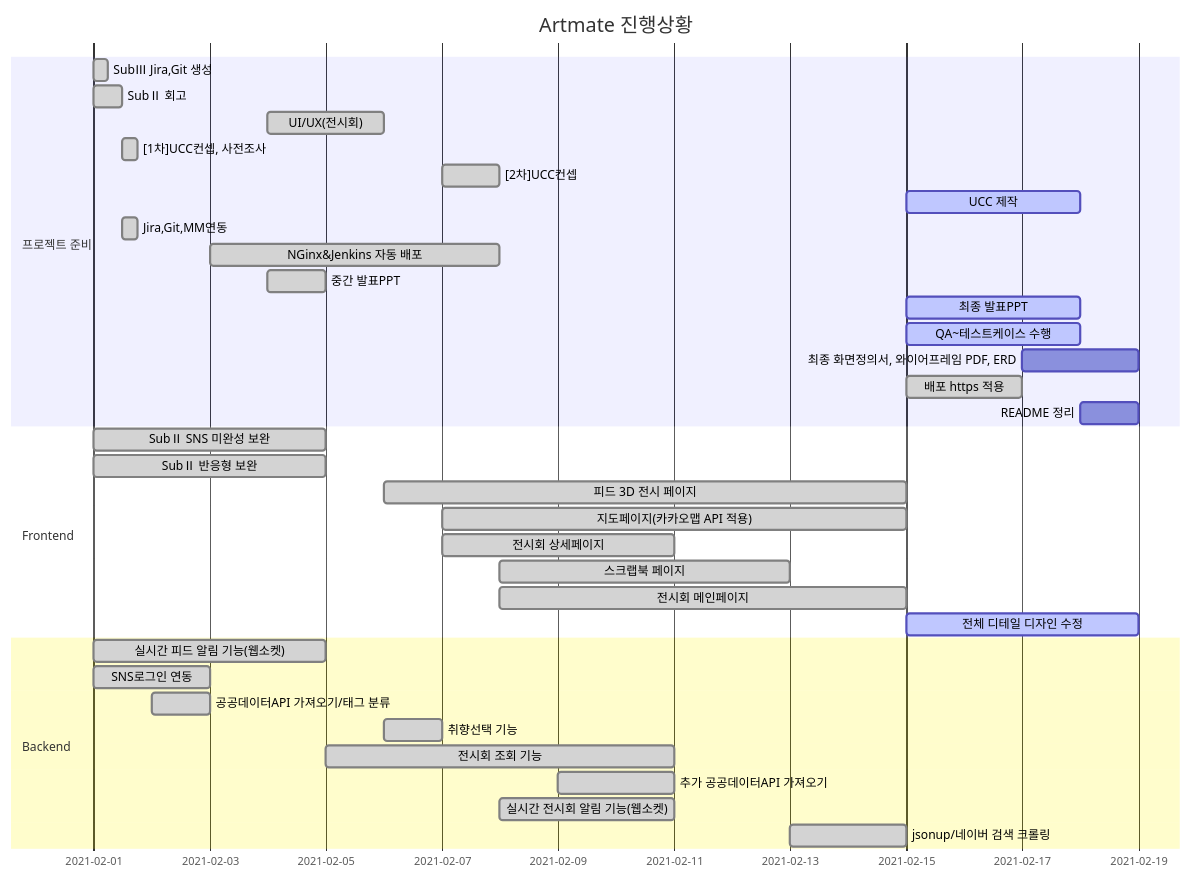
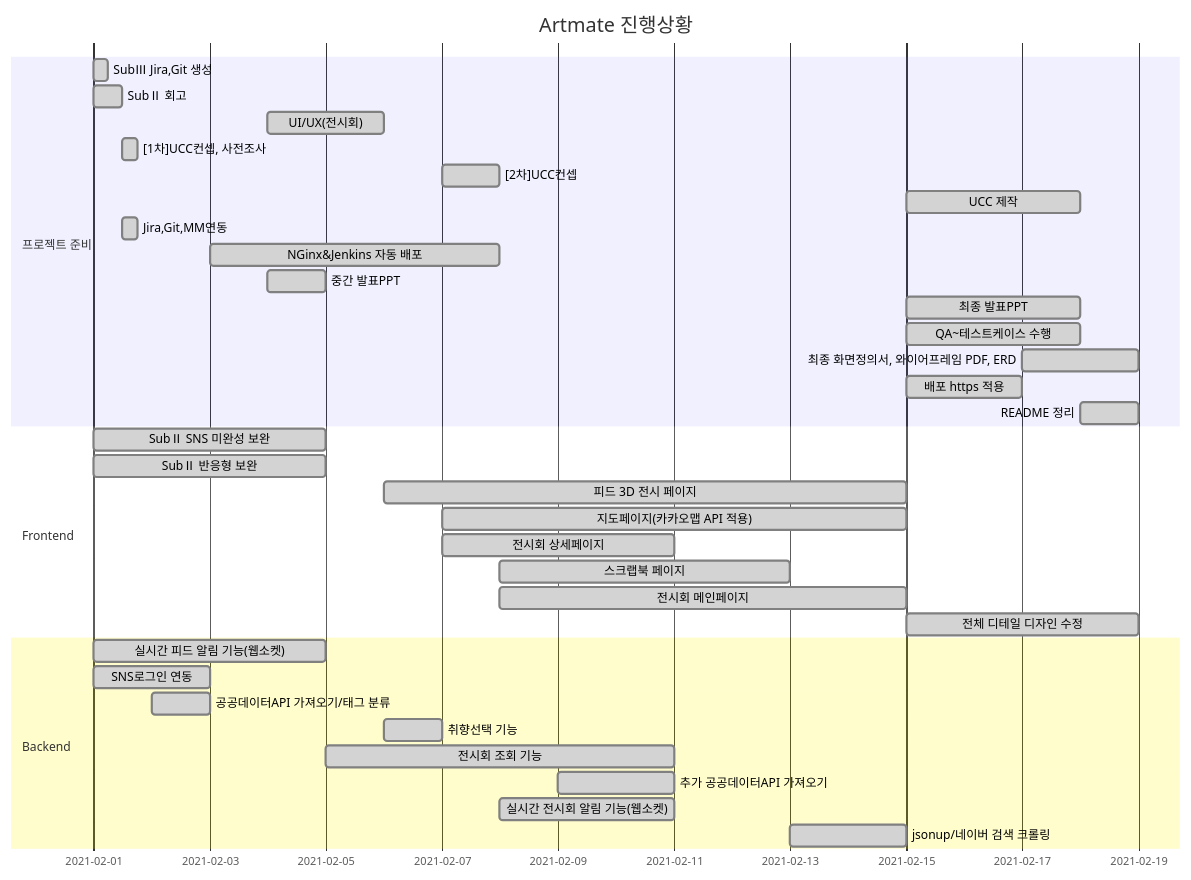
Before and after one commit to dovvn/Artmate-PJT: the diagram in README.md, drawn with Mermaid. The commit also changed other lines of this file, not shown here.

Commit message:
README_0218: SubPJTⅢ 작업상황 업데이트

````diff
--- a/README.md
+++ b/README.md
@@ -21,46 +21,46 @@
 ```mermaid  
 gantt
     title Artmate 진행상황
     dateFormat  YYYY-MM-DD
     section 프로젝트 준비
     SubⅢ Jira,Git 생성  :done, 2021-02-01, 6h
     SubⅡ 회고          :done, p2,2021-02-01, 12h
     UI/UX(전시회)   :done,2021-02-04,2d
     [1차]UCC컨셉, 사전조사   :done,after p2,6h
     [2차]UCC컨셉   :done,2021-02-07,1d
-    UCC 제작   :active,2021-02-15,3d
+    UCC 제작   :done,2021-02-15,3d
 
     Jira,Git,MM연동   :done,after p2,6h
     NGinx&Jenkins 자동 배포 :done, 2021-02-03,5d
     중간 발표PPT: done,2021-02-04,1d
-    최종 발표PPT: active,2021-02-15,3d
-    QA~테스트케이스 수행: active,2021-02-15,3d
-    최종 화면정의서, 와이어프레임 PDF, ERD: ,2021-02-17,2d
+    최종 발표PPT: done,2021-02-15,3d
+    QA~테스트케이스 수행: done,2021-02-15,3d
+    최종 화면정의서, 와이어프레임 PDF, ERD: done,2021-02-17,2d
     배포 https 적용:done,2021-02-15,2d
-    README 정리: ,2021-02-18,1d
+    README 정리: done,2021-02-18,1d
     
     
     
 
     section Frontend
     SubⅡ SNS 미완성 보완          :done, 2021-02-01, 4d
     SubⅡ 반응형 보완          :done, 2021-02-01, 4d
     피드 3D 전시 페이지   :done,2021-02-06,9d
     지도페이지(카카오맵 API 적용):done,2021-02-07, 8d
     전시회 상세페이지   :done,2021-02-07,4d
     스크랩북 페이지   :done,2021-02-08,5d
     전시회 메인페이지 :done, 2021-02-08, 7d
 
-    전체 디테일 디자인 수정   :active,2021-02-15,4d
+    전체 디테일 디자인 수정   :done,2021-02-15,4d
     
     
     section Backend
     실시간 피드 알림 기능(웹소켓)          :done, 2021-02-01, 4d
     SNS로그인 연동          :done, 2021-02-01, 2d
     공공데이터API 가져오기/태그 분류          :done, p1, 2021-02-02, 1d
     취향선택 기능:done,2021-02-06,1d
     전시회 조회 기능:done,2021-02-05,6d
     추가 공공데이터API 가져오기          :done, p1, 2021-02-09, 2d
     실시간 전시회 알림 기능(웹소켓)          :done, 2021-02-08, 3d
     jsonup/네이버 검색 크롤링     :done, 2021-02-13,2d
 ```
````
